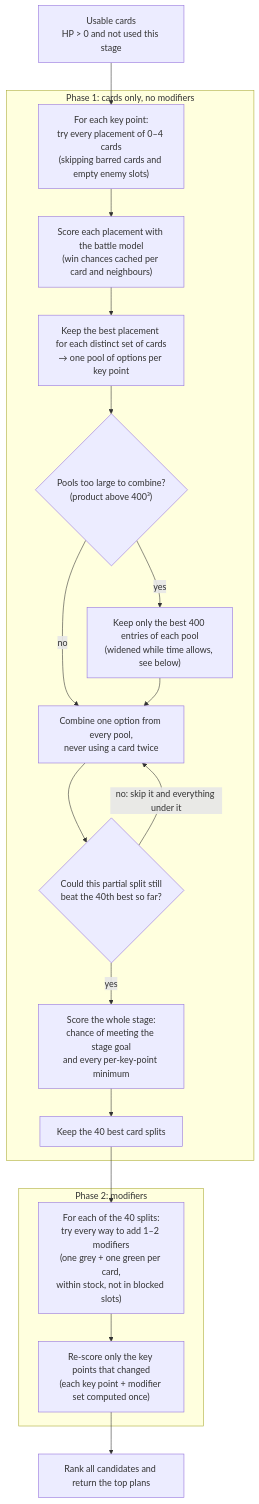
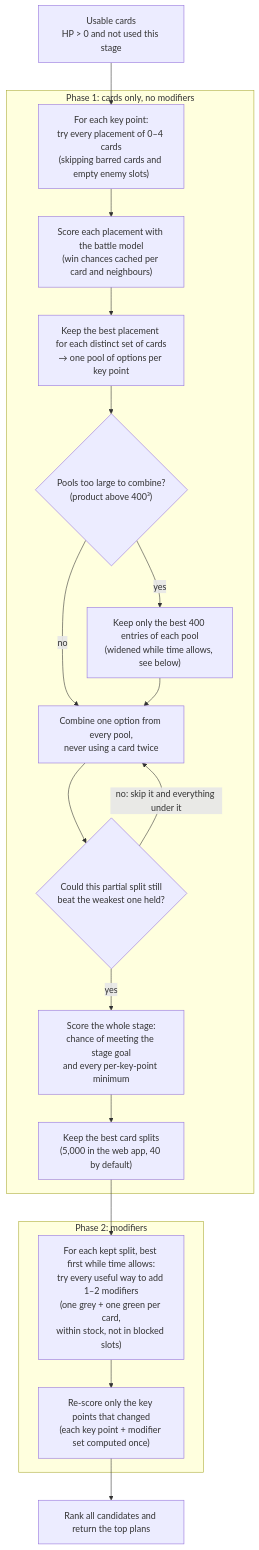
The second of 3 diagrams in docs/SOLVER.md (zobayer1/wowscardsolver), drawn with Mermaid before and after one commit. The commit also changed other lines of this file and 4 other files, not shown here.

````diff
--- a/docs/SOLVER.md
+++ b/docs/SOLVER.md
@@ -33,27 +33,27 @@
 ```mermaid
 flowchart TD
     A["Usable cards<br/>HP > 0 and not used this stage"] --> B
 
     subgraph P1 ["Phase 1: cards only, no modifiers"]
         B["For each key point:<br/>try every placement of 0–4 cards<br/>(skipping barred cards and empty enemy slots)"]
         B --> C["Score each placement with the battle model<br/>(win chances cached per card and neighbours)"]
         C --> D["Keep the best placement for each distinct set of cards<br/>→ one pool of options per key point"]
         D --> T{"Pools too large to combine?<br/>(product above 400³)"}
         T -- yes --> T2["Keep only the best 400 entries of each pool<br/>(widened while time allows, see below)"]
         T -- no --> X
         T2 --> X["Combine one option from every pool,<br/>never using a card twice"]
-        X --> BB{"Could this partial split still<br/>beat the 40th best so far?"}
+        X --> BB{"Could this partial split still<br/>beat the weakest one held?"}
         BB -- "no: skip it and everything under it" --> X
         BB -- yes --> Y["Score the whole stage:<br/>chance of meeting the stage goal<br/>and every per-key-point minimum"]
-        Y --> Z["Keep the 40 best card splits"]
+        Y --> Z["Keep the best card splits<br/>(5,000 in the web app, 40 by default)"]
     end
 
     Z --> M1
 
     subgraph P2 ["Phase 2: modifiers"]
-        M1["For each of the 40 splits:<br/>try every way to add 1–2 modifiers<br/>(one grey + one green per card,<br/>within stock, not in blocked slots)"]
+        M1["For each kept split, best first while time allows:<br/>try every useful way to add 1–2 modifiers<br/>(one grey + one green per card,<br/>within stock, not in blocked slots)"]
         M1 --> M2["Re-score only the key points that changed<br/>(each key point + modifier set computed once)"]
     end
 
     M2 --> O["Rank all candidates and return the top plans"]
 ```
````
